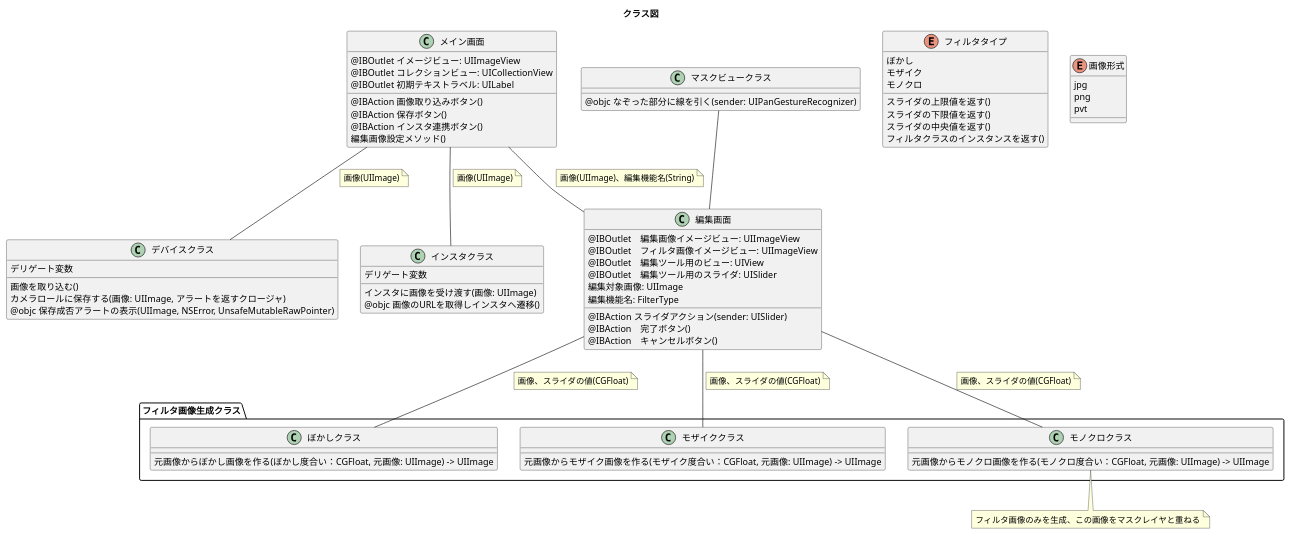
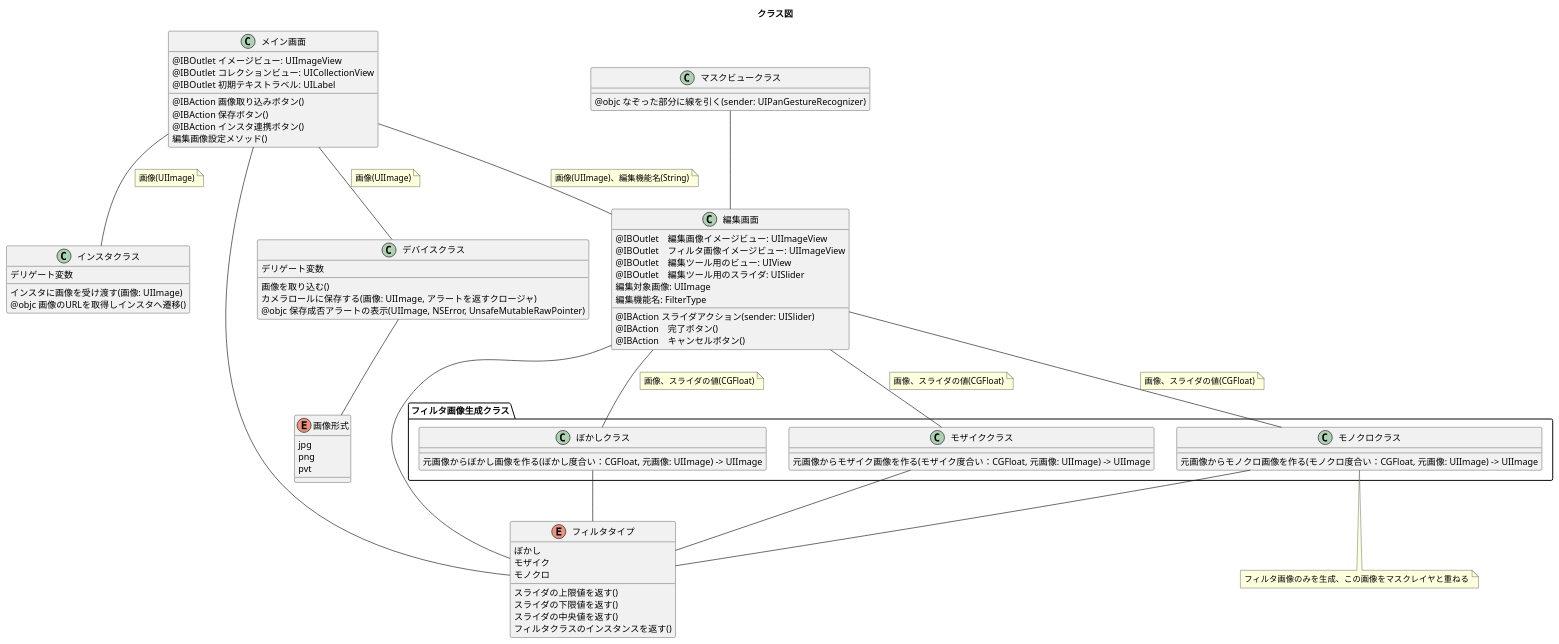
One commit to saganoH/InstaExt changed the diagram in InstaExt/docs/クラス図.plantuml. Above: the diagram before and after it, drawn with PlantUML.

Commit message:
[fix] card_167 画像形式揃えの実装
* クラス図修正（enumの紐付け）

```diff
--- a/InstaExt/docs/クラス図.plantuml
+++ b/InstaExt/docs/クラス図.plantuml
@@ -1,108 +1,115 @@
 @startuml
 title "クラス図"
 
 class  メイン画面{
   @IBOutlet イメージビュー: UIImageView
   @IBOutlet コレクションビュー: UICollectionView
   @IBOutlet 初期テキストラベル: UILabel
   @IBAction 画像取り込みボタン()
   @IBAction 保存ボタン()
   @IBAction インスタ連携ボタン()
   編集画像設定メソッド()
 }
 
 class  編集画面{
   @IBOutlet　編集画像イメージビュー: UIImageView
   @IBOutlet　フィルタ画像イメージビュー: UIImageView
   @IBOutlet　編集ツール用のビュー: UIView
   @IBOutlet　編集ツール用のスライダ: UISlider
   編集対象画像: UIImage
   編集機能名: FilterType
   @IBAction スライダアクション(sender: UISlider)
   @IBAction　完了ボタン()
   @IBAction　キャンセルボタン()
 }
 
 class マスクビュークラス{
   @objc なぞった部分に線を引く(sender: UIPanGestureRecognizer)
 }
 
 class デバイスクラス{
   デリゲート変数
   画像を取り込む()
   カメラロールに保存する(画像: UIImage, アラートを返すクロージャ)
   @objc 保存成否アラートの表示(UIImage, NSError, UnsafeMutableRawPointer)
 }
 
 class インスタクラス{
   デリゲート変数
   インスタに画像を受け渡す(画像: UIImage)
   @objc 画像のURLを取得しインスタへ遷移()
 }
 
 enum フィルタタイプ {
   ぼかし
   モザイク
   モノクロ
   スライダの上限値を返す()
   スライダの下限値を返す()
   スライダの中央値を返す()
   フィルタクラスのインスタンスを返す()
 }
 
 enum 画像形式 {
   jpg
   png
   pvt
 }
 
 package フィルタ画像生成クラス {
 class ぼかしクラス{
   元画像からぼかし画像を作る(ぼかし度合い：CGFloat, 元画像: UIImage) -> UIImage
 }
 
 class モザイククラス{
   元画像からモザイク画像を作る(モザイク度合い：CGFloat, 元画像: UIImage) -> UIImage
 }
 
 class モノクロクラス{
   元画像からモノクロ画像を作る(モノクロ度合い：CGFloat, 元画像: UIImage) -> UIImage
 }
 }
 note bottom
   フィルタ画像のみを生成、この画像をマスクレイヤと重ねる
 end note
 
 メイン画面--編集画面
 note left on link
   画像(UIImage)、編集機能名(String)
 end note
 
 メイン画面--デバイスクラス
 note left on link
   画像(UIImage)
 end note
 
 メイン画面--インスタクラス
 note left on link
   画像(UIImage)
 end note
 
 マスクビュークラス--編集画面
 
 編集画面--ぼかしクラス
 note left on link
   画像、スライダの値(CGFloat)
 end note
 
 編集画面--モザイククラス
 note left on link
   画像、スライダの値(CGFloat)
 end note
 
 編集画面--モノクロクラス
 note left on link
   画像、スライダの値(CGFloat)
 end note
 
+デバイスクラス--画像形式
+メイン画面--フィルタタイプ
+編集画面--フィルタタイプ
+ぼかしクラス--フィルタタイプ
+モザイククラス--フィルタタイプ
+モノクロクラス--フィルタタイプ
+
 @enduml
```
